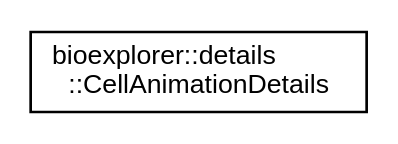
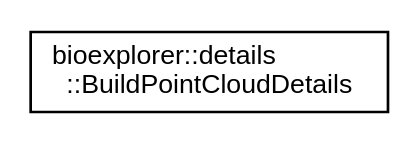
One commit to BlueBrain/BioExplorer changed the diagram in docs/inherit_graph_26.dot. Above: the diagram before and after it, drawn with Graphviz. The commit also changed 458 other files, not shown here.

```diff
--- a/docs/inherit_graph_26.dot
+++ b/docs/inherit_graph_26.dot
@@ -1,8 +1,8 @@
 digraph "Graphical Class Hierarchy"
 {
  // LATEX_PDF_SIZE
   edge [fontname="Helvetica",fontsize="10",labelfontname="Helvetica",labelfontsize="10"];
   node [fontname="Helvetica",fontsize="10",shape=record];
   rankdir="LR";
-  Node0 [label="bioexplorer::details\l::CellAnimationDetails",height=0.2,width=0.4,color="black", fillcolor="white", style="filled",URL="$d1/dd0/structbioexplorer_1_1details_1_1CellAnimationDetails.html",tooltip=" "];
+  Node0 [label="bioexplorer::details\l::BuildPointCloudDetails",height=0.2,width=0.4,color="black", fillcolor="white", style="filled",URL="$d5/dc6/structbioexplorer_1_1details_1_1BuildPointCloudDetails.html",tooltip="Structure defining how to build a point cloud from the scene."];
 }
```
